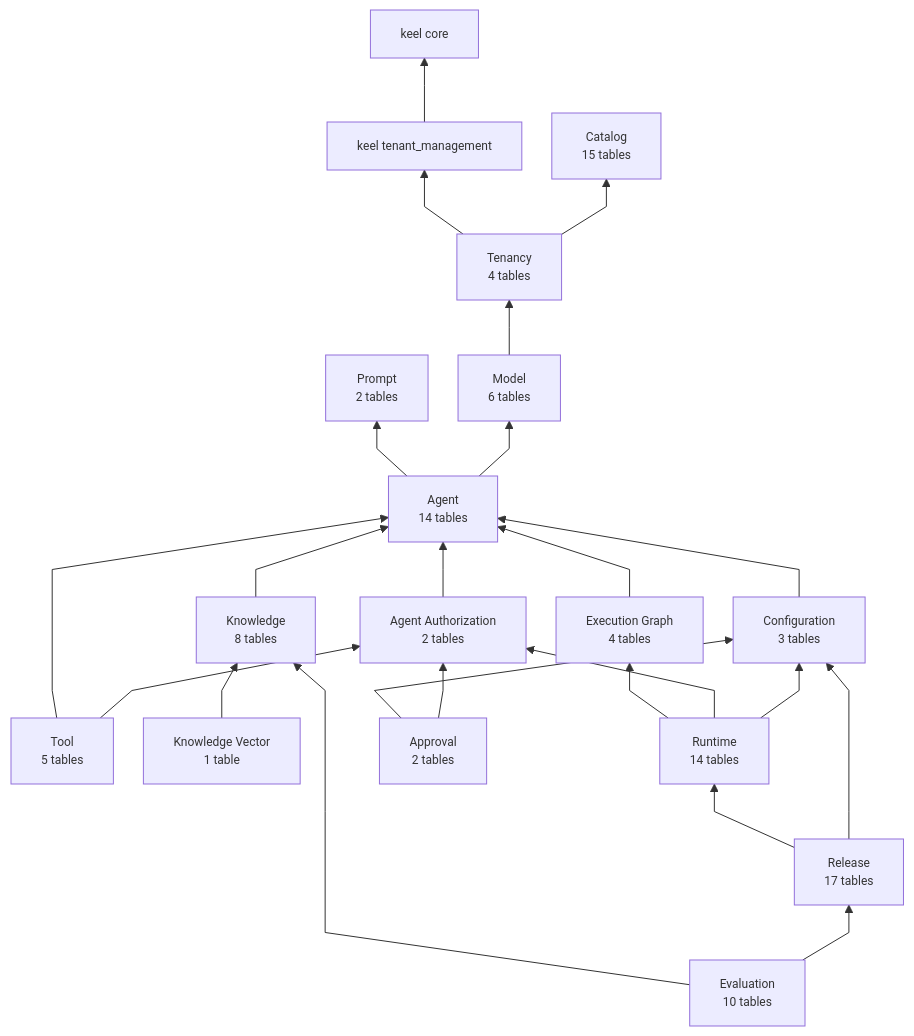
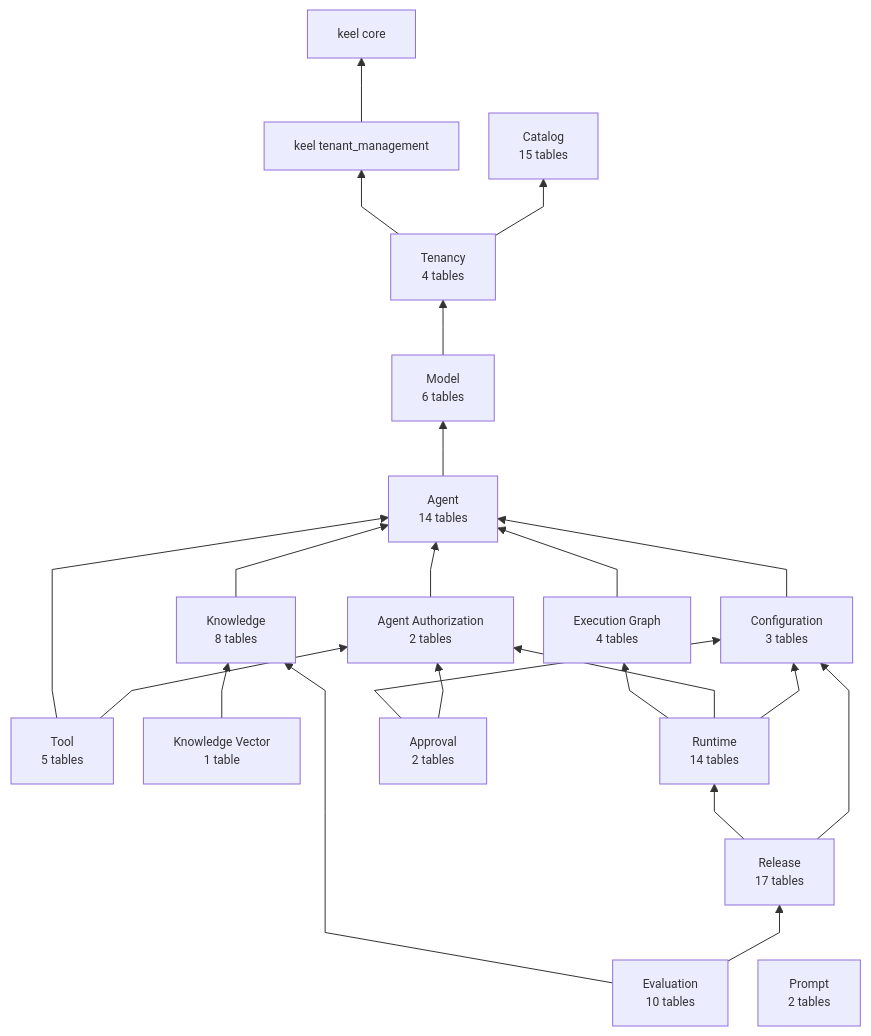
One commit to nauticana/scout changed the first of 16 diagrams in doc/database.md. Above: the diagram before and after it, drawn with Mermaid. The commit also changed other lines of this file and 119 other files, not shown here.

Commit message:
tenant runtime policy writer, verified effects, prompts on the scope engine (studio-v2), one decision record per decision, per-principal concurrency and budgets, cross-process replies and cancellation, acting principal through the queue; charter v1.2.0, keel v1.2.68

````diff
--- a/doc/database.md
+++ b/doc/database.md
@@ -20,45 +20,44 @@
 ```mermaid
 %%{init: {"flowchart": {"curve": "linear", "nodeSpacing": 30, "rankSpacing": 55, "diagramPadding": 12}, "themeVariables": {"fontSize": "12px"}}}%%
 flowchart BT
 
     tenant_management --> core
     tenancy --> tenant_management
     tenancy --> catalog
     model --> tenancy
-    agent --> prompt
     agent --> model
     tool --> agent
     tool --> agent_authorization_module
     knowledge --> agent
     configuration_module --> agent
     execution_graph_module --> agent
     agent_authorization_module --> agent
     knowledge_vector --> knowledge
     runtime --> execution_graph_module
     runtime --> agent_authorization_module
     runtime --> configuration_module
     release --> runtime
     release --> configuration_module
     evaluation --> knowledge
     evaluation --> release
     approval --> configuration_module
     approval --> agent_authorization_module
 
     core["keel core"]
     tenant_management["keel tenant_management"]
     catalog["Catalog<br/>15 tables"]
     tenancy["Tenancy<br/>4 tables"]
     prompt["Prompt<br/>2 tables"]
     model["Model<br/>6 tables"]
     agent["Agent<br/>14 tables"]
     tool["Tool<br/>5 tables"]
     execution_graph_module["Execution Graph<br/>4 tables"]
     knowledge["Knowledge<br/>8 tables"]
     knowledge_vector["Knowledge Vector<br/>1 table"]
     runtime["Runtime<br/>14 tables"]
     release["Release<br/>17 tables"]
     evaluation["Evaluation<br/>10 tables"]
     agent_authorization_module["Agent Authorization<br/>2 tables"]
     configuration_module["Configuration<br/>3 tables"]
     approval["Approval<br/>2 tables"]
 ```
````
